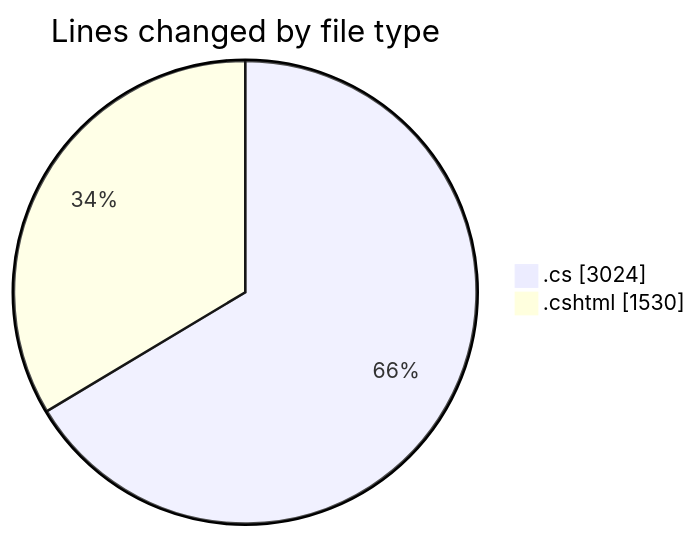
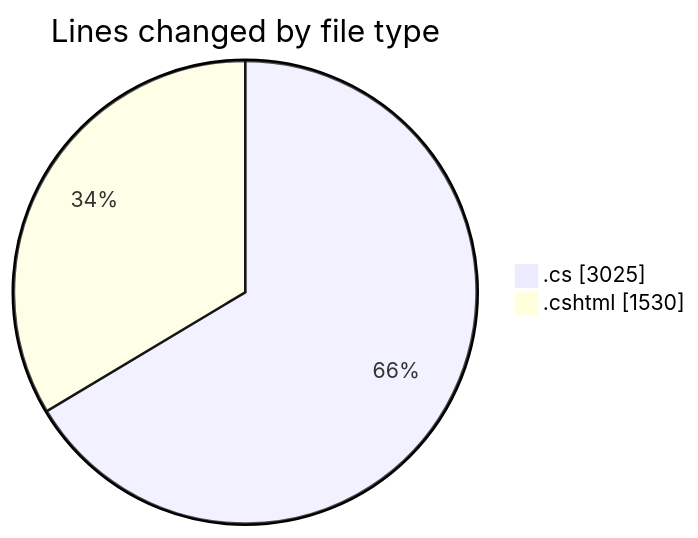
One commit to lephambinh05/code-tracking changed the first of 2 diagrams in 2025-07-28/quanlyrapchieuphim-1/README.md. Above: the diagram before and after it, drawn with Mermaid. The commit also changed other lines of this file and 1 other file, not shown here.

````diff
--- a/2025-07-28/quanlyrapchieuphim-1/README.md
+++ b/2025-07-28/quanlyrapchieuphim-1/README.md
@@ -29,6 +29,6 @@
 ```mermaid
 pie showData
 title Lines changed by file type
-".cs" : 3024
+".cs" : 3025
 ".cshtml" : 1530
 ```
````
